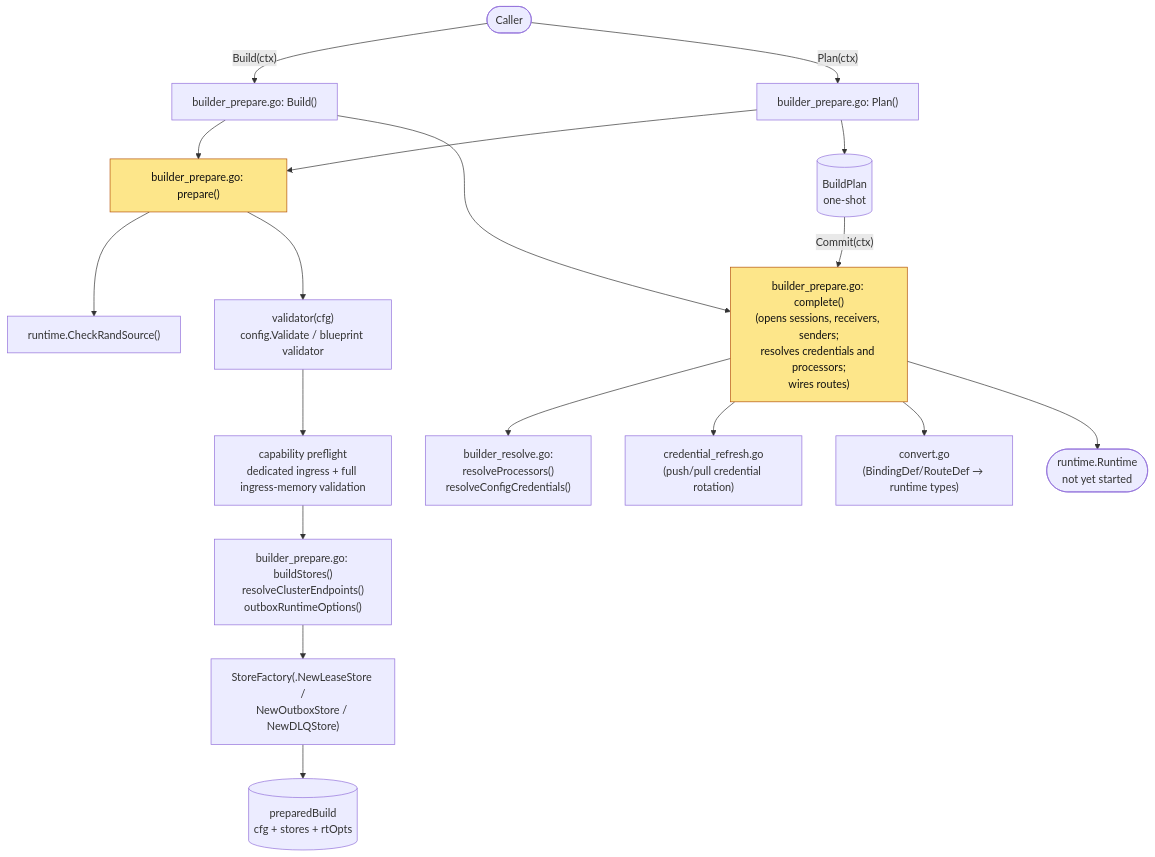
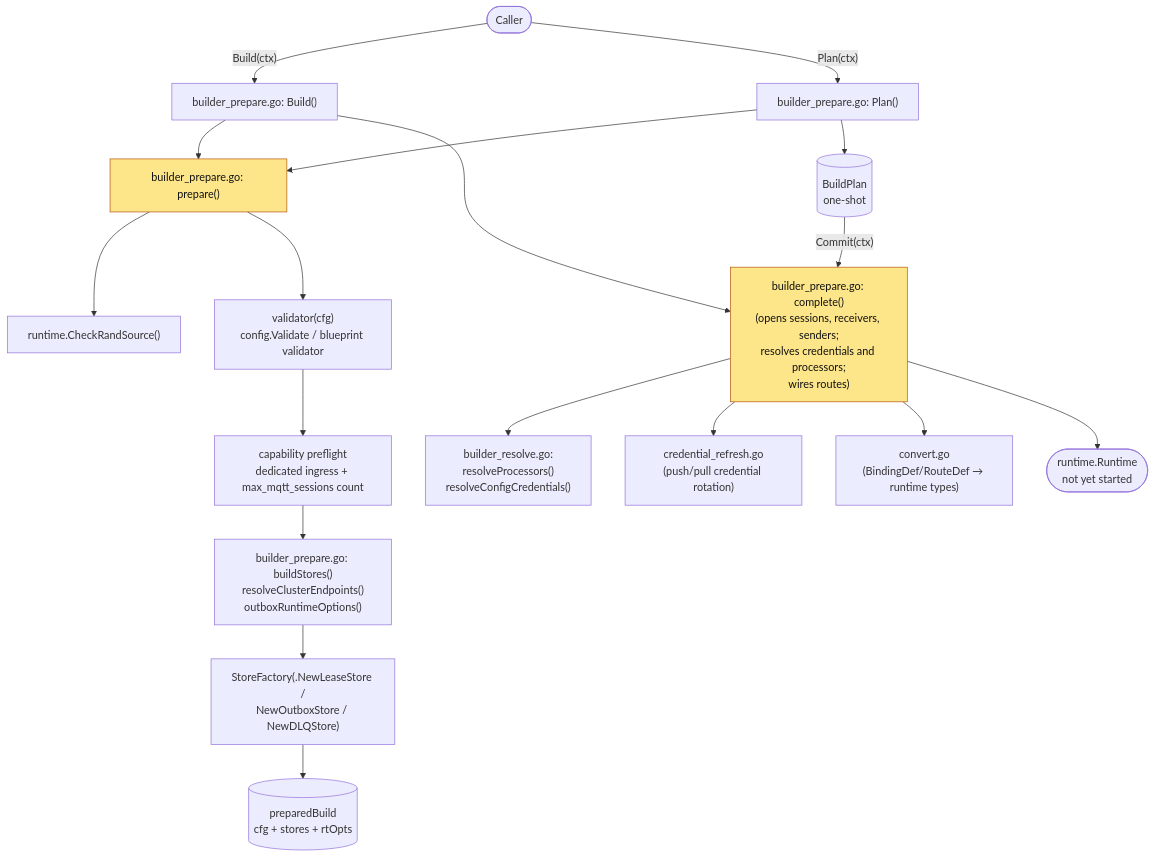
Before and after one commit to mariotoffia/gobridge: the second of 2 diagrams in docs/internals/architecture-stores-and-configuration.md, drawn with Mermaid. The commit also changed other lines of this file and 96 other files, not shown here.

````diff
--- a/docs/internals/architecture-stores-and-configuration.md
+++ b/docs/internals/architecture-stores-and-configuration.md
@@ -252,28 +252,28 @@
 ```mermaid
 flowchart TD
     Caller([Caller])
     Caller -->|"Build(ctx)"| Build["builder_prepare.go: Build()"]
     Caller -->|"Plan(ctx)"| Plan["builder_prepare.go: Plan()"]
 
     Build --> Prepare
     Plan --> Prepare["builder_prepare.go: prepare()"]
     Prepare --> CheckRand["runtime.CheckRandSource()"]
     Prepare --> Validate["validator(cfg)<br/>config.Validate / blueprint validator"]
-    Validate --> Ingress["capability preflight<br/>dedicated ingress + full ingress-memory validation"]
+    Validate --> Ingress["capability preflight<br/>dedicated ingress + max_mqtt_sessions count"]
     Ingress --> Stores["builder_prepare.go: buildStores()<br/>resolveClusterEndpoints()<br/>outboxRuntimeOptions()"]
     Stores --> StoreFact["StoreFactory(.NewLeaseStore /<br/>NewOutboxStore / NewDLQStore)"]
     StoreFact --> Prep[(preparedBuild<br/>cfg + stores + rtOpts)]
 
     Plan --> PlanObj[(BuildPlan<br/>one-shot)]
     PlanObj -->|"Commit(ctx)"| Complete
     Build --> Complete
 
     Complete["builder_prepare.go: complete()<br/>(opens sessions, receivers, senders;<br/>resolves credentials and processors;<br/>wires routes)"]
     Complete --> Resolve["builder_resolve.go:<br/>resolveProcessors()<br/>resolveConfigCredentials()"]
     Complete --> CredRefresh["credential_refresh.go<br/>(push/pull credential rotation)"]
     Complete --> Convert["convert.go<br/>(BindingDef/RouteDef → runtime types)"]
     Complete --> RT([runtime.Runtime<br/>not yet started])
 
     classDef phase fill:#fde68a,stroke:#b45309,color:#111
     class Prepare,Complete phase
 ```
````
